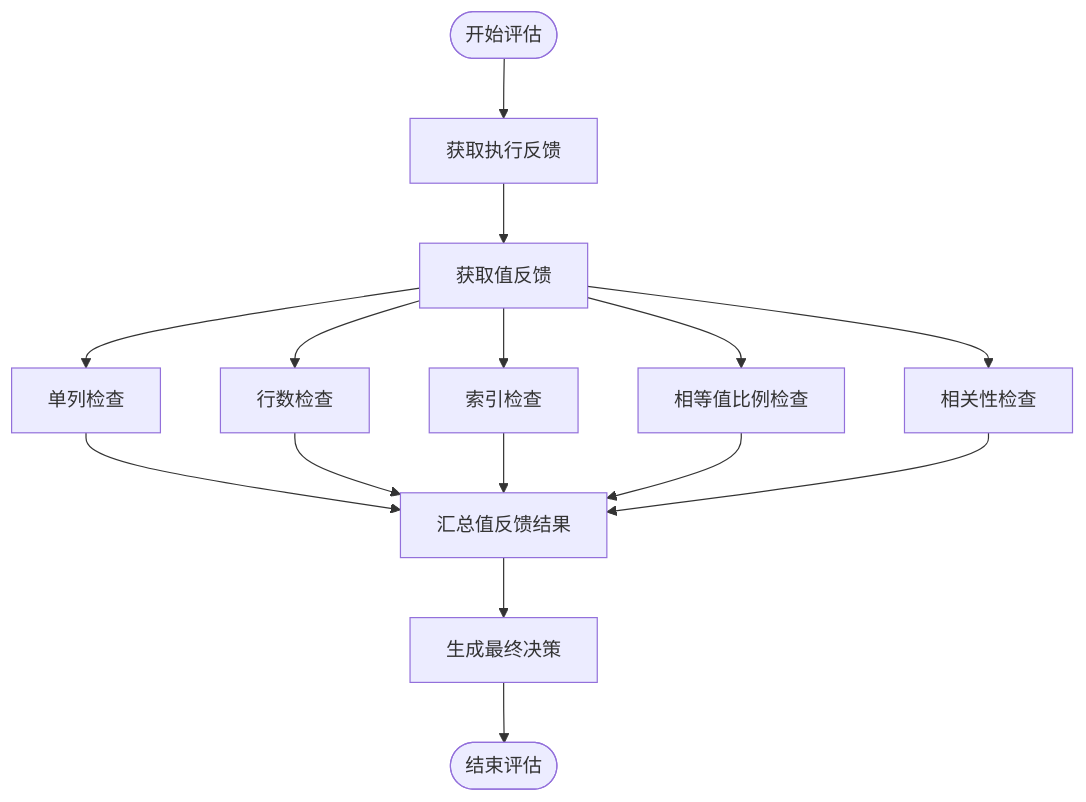
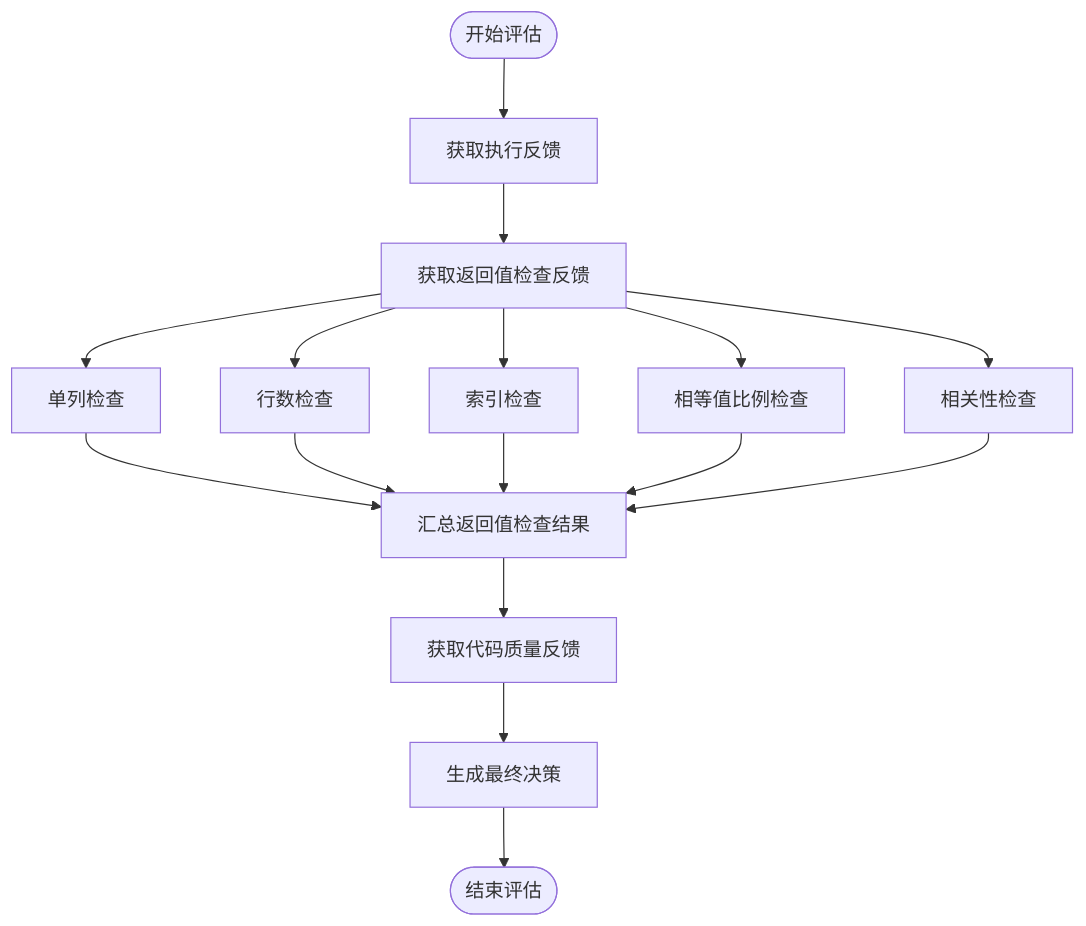
Before and after one commit to afanty2021/RD-Agent: the second of 4 diagrams in .qoder/repowiki/zh/content/核心概念/反馈与评估.md, drawn with Mermaid. The commit also changed other lines of this file and 5 other files, not shown here.

````diff
--- a/.qoder/repowiki/zh/content/核心概念/反馈与评估.md
+++ b/.qoder/repowiki/zh/content/核心概念/反馈与评估.md
@@ -89,17 +109,18 @@
 ```mermaid
 flowchart TD
-Start([开始评估]) --> ExecutionFeedback["获取执行反馈"]
-ExecutionFeedback --> ValueFeedback["获取值反馈"]
-ValueFeedback --> SingleColumnCheck["单列检查"]
-ValueFeedback --> RowCountCheck["行数检查"]
-ValueFeedback --> IndexCheck["索引检查"]
-ValueFeedback --> EqualValueRatioCheck["相等值比例检查"]
-ValueFeedback --> CorrelationCheck["相关性检查"]
-SingleColumnCheck --> ValueFeedbackResult["汇总值反馈结果"]
-RowCountCheck --> ValueFeedbackResult
-IndexCheck --> ValueFeedbackResult
-EqualValueRatioCheck --> ValueFeedbackResult
-CorrelationCheck --> ValueFeedbackResult
-ValueFeedbackResult --> FinalDecision["生成最终决策"]
+Start([开始评估]) --> Execution["获取执行反馈"]
+Execution --> ReturnChecking["获取返回值检查反馈"]
+ReturnChecking --> SingleColumnCheck["单列检查"]
+ReturnChecking --> RowCountCheck["行数检查"]
+ReturnChecking --> IndexCheck["索引检查"]
+ReturnChecking --> EqualValueRatioCheck["相等值比例检查"]
+ReturnChecking --> CorrelationCheck["相关性检查"]
+SingleColumnCheck --> ReturnCheckingResult["汇总返回值检查结果"]
+RowCountCheck --> ReturnCheckingResult
+IndexCheck --> ReturnCheckingResult
+EqualValueRatioCheck --> ReturnCheckingResult
+CorrelationCheck --> ReturnCheckingResult
+ReturnCheckingResult --> Code["获取代码质量反馈"]
+Code --> FinalDecision["生成最终决策"]
 FinalDecision --> End([结束评估])
 ```
````
